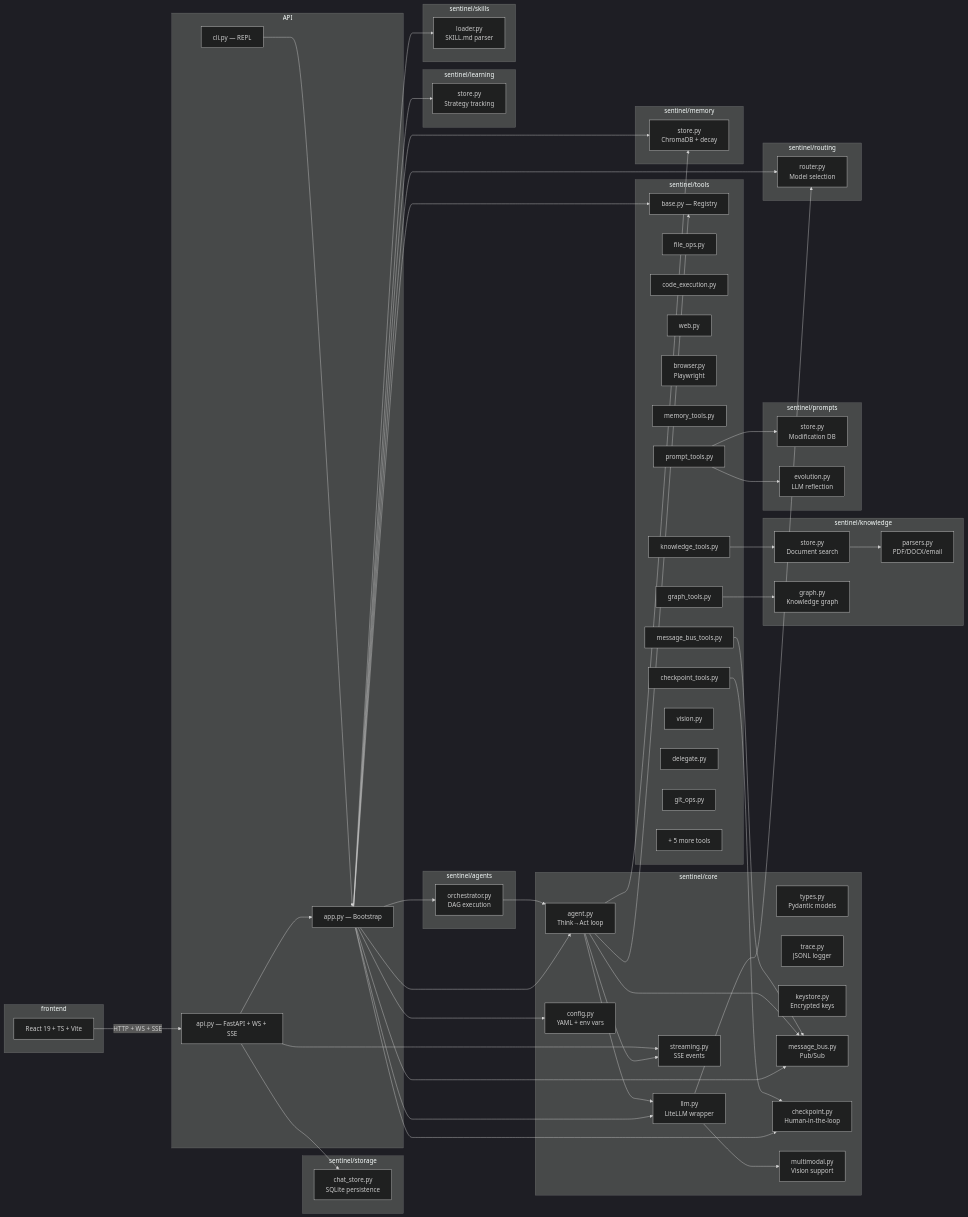
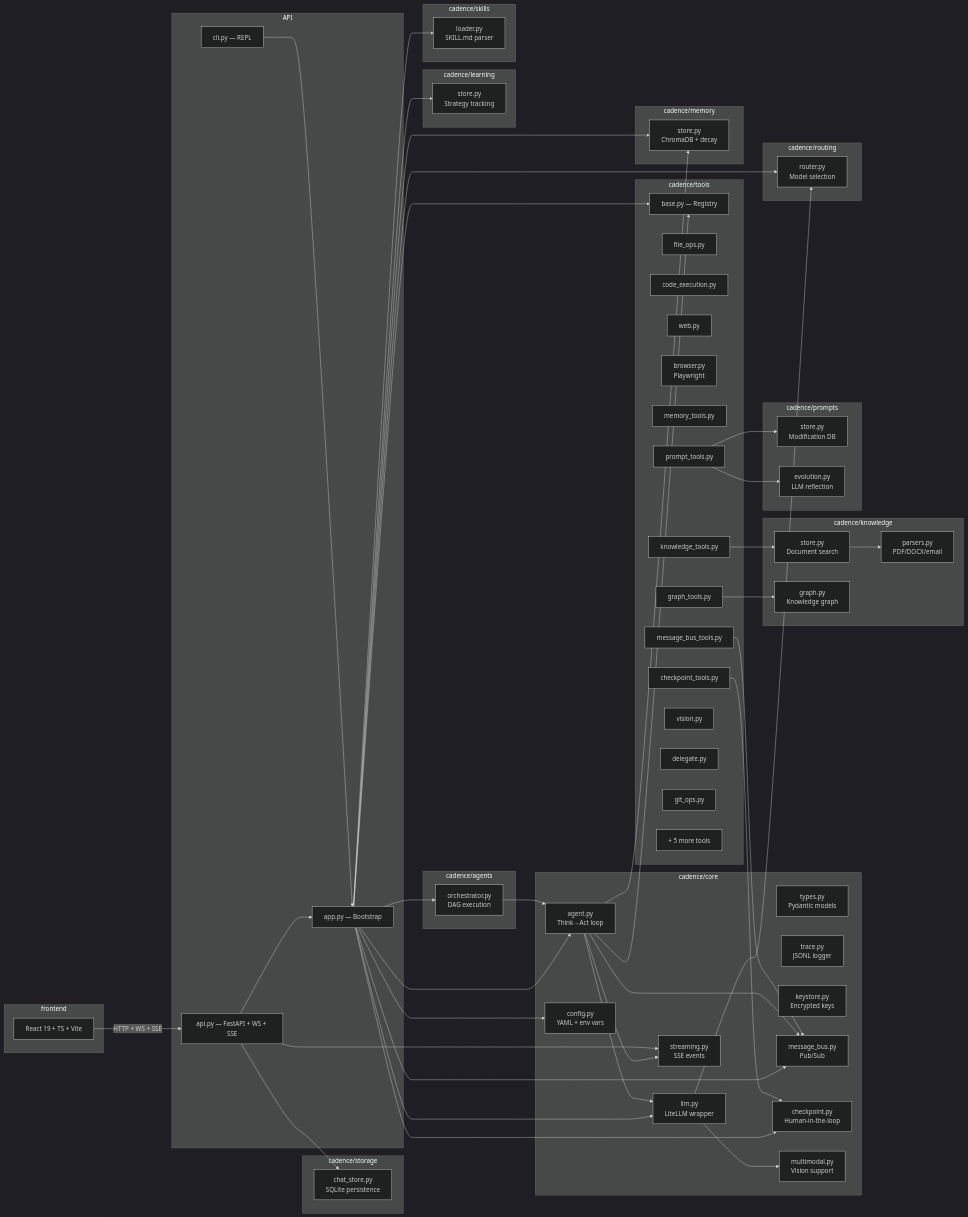
Before and after one commit to davidecampman/Cadence: the tenth of 10 diagrams in README.md, drawn with Mermaid (dark theme). The commit also changed other lines of this file and 111 other files, not shown here.

First line of the commit message:
Rename project from Sentinel to Cadence

````diff
--- a/README.md
+++ b/README.md
@@ -341,6 +341,6 @@
 ```mermaid
 graph LR
-    subgraph sentinel/core
+    subgraph cadence/core
         agent[agent.py<br/>Think→Act loop]
         config[config.py<br/>YAML + env vars]
         llm[llm.py<br/>LiteLLM wrapper]
@@ -353,11 +353,11 @@
         multimodal[multimodal.py<br/>Vision support]
     end
 
-    subgraph sentinel/agents
+    subgraph cadence/agents
         orch[orchestrator.py<br/>DAG execution]
     end
 
-    subgraph sentinel/tools
+    subgraph cadence/tools
         base[base.py — Registry]
         file_ops[file_ops.py]
         code_exec[code_execution.py]
@@ -375,34 +375,34 @@
         other[+ 5 more tools]
     end
 
-    subgraph sentinel/memory
+    subgraph cadence/memory
         memstore[store.py<br/>ChromaDB + decay]
     end
 
-    subgraph sentinel/knowledge
+    subgraph cadence/knowledge
         kbstore[store.py<br/>Document search]
         parsers[parsers.py<br/>PDF/DOCX/email]
         kg[graph.py<br/>Knowledge graph]
     end
 
-    subgraph sentinel/learning
+    subgraph cadence/learning
         learn_store[store.py<br/>Strategy tracking]
     end
 
-    subgraph sentinel/prompts
+    subgraph cadence/prompts
         prompt_store[store.py<br/>Modification DB]
         evolution[evolution.py<br/>LLM reflection]
     end
 
-    subgraph sentinel/routing
+    subgraph cadence/routing
         router[router.py<br/>Model selection]
     end
 
-    subgraph sentinel/skills
+    subgraph cadence/skills
         loader[loader.py<br/>SKILL.md parser]
     end
 
-    subgraph sentinel/storage
+    subgraph cadence/storage
         chat_store[chat_store.py<br/>SQLite persistence]
     end
 
````
